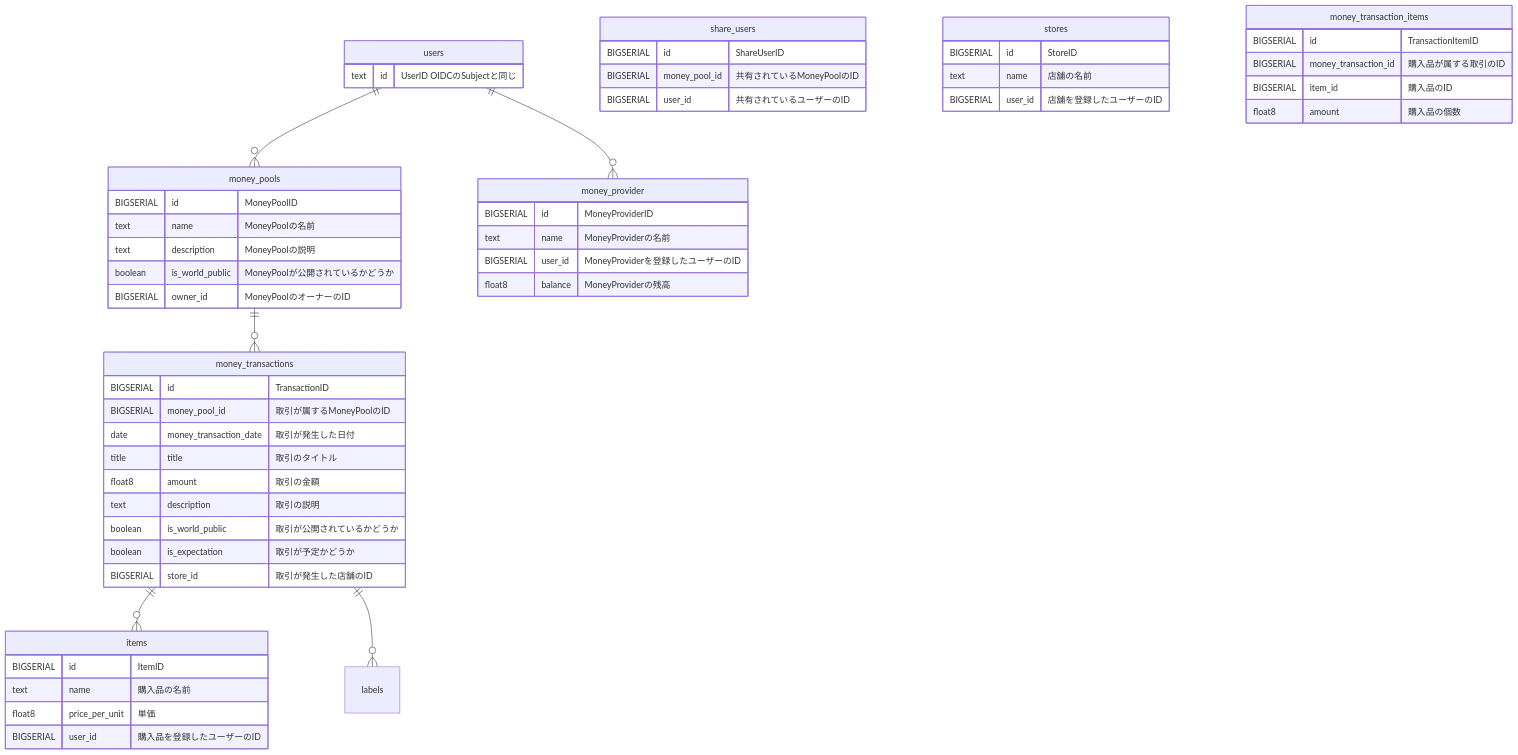
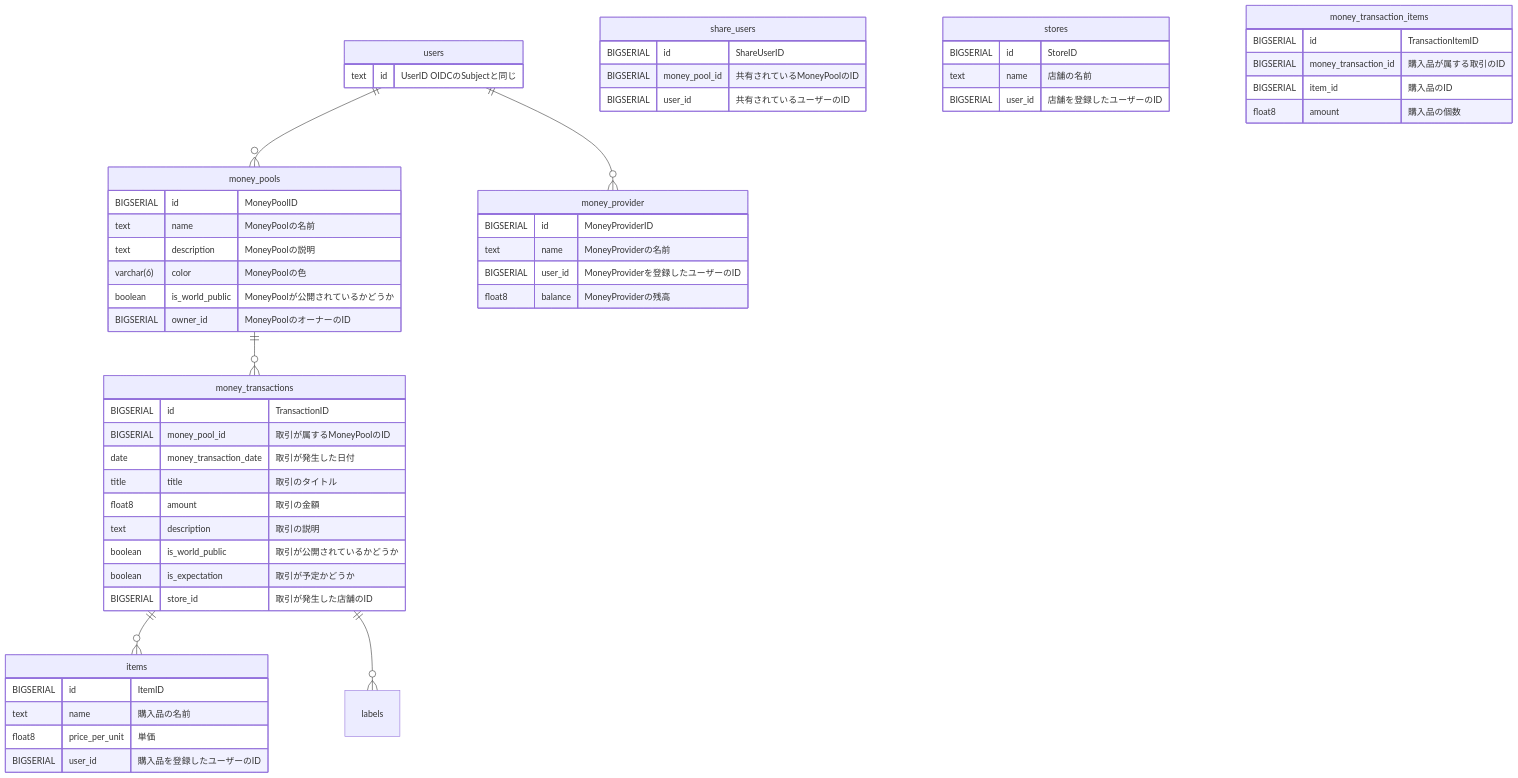
The diagram in back/readme.md (walnuts1018/OpenChokin), drawn with Mermaid before and after one commit. The commit also changed 1 other file, not shown here.

Commit message:
change types

````diff
--- a/back/readme.md
+++ b/back/readme.md
@@ -1,65 +1,66 @@
 ```mermaid
 erDiagram
   users ||--o{ money_pools : ""
   money_pools ||--o{ money_transactions : ""
   money_transactions ||--o{ items : ""
   money_transactions ||--o{labels: ""
   users ||--o{ money_provider : ""
 
   users {
     text id "UserID OIDCのSubjectと同じ"
   }
 
   money_pools {
     BIGSERIAL id "MoneyPoolID"
     text name "MoneyPoolの名前"
     text description "MoneyPoolの説明"
+    varchar(6) color "MoneyPoolの色"
     boolean is_world_public "MoneyPoolが公開されているかどうか"
     BIGSERIAL owner_id "MoneyPoolのオーナーのID"
   }
 
   share_users {
     BIGSERIAL id "ShareUserID"
     BIGSERIAL money_pool_id "共有されているMoneyPoolのID"
     BIGSERIAL user_id "共有されているユーザーのID"
   }
 
   money_transactions {
     BIGSERIAL id "TransactionID"
     BIGSERIAL money_pool_id "取引が属するMoneyPoolのID"
     date money_transaction_date "取引が発生した日付"
     title title "取引のタイトル"
     float8 amount "取引の金額"
     text description "取引の説明"
     boolean is_world_public "取引が公開されているかどうか"
     boolean is_expectation "取引が予定かどうか"
     BIGSERIAL store_id "取引が発生した店舗のID"
   }
 
   stores {
     BIGSERIAL id "StoreID"
     text name "店舗の名前"
     BIGSERIAL user_id "店舗を登録したユーザーのID"
   }
 
   items {
     BIGSERIAL id "ItemID"
     text name "購入品の名前"
     float8 price_per_unit "単価"
     BIGSERIAL user_id "購入品を登録したユーザーのID"
   }
 
   money_transaction_items {
     BIGSERIAL id "TransactionItemID"
     BIGSERIAL money_transaction_id "購入品が属する取引のID"
     BIGSERIAL item_id "購入品のID"
     float8 amount "購入品の個数"
   }
 
   money_provider {
     BIGSERIAL id "MoneyProviderID"
     text name "MoneyProviderの名前"
     BIGSERIAL user_id "MoneyProviderを登録したユーザーのID"
     float8 balance "MoneyProviderの残高"
   }
 ```
````
